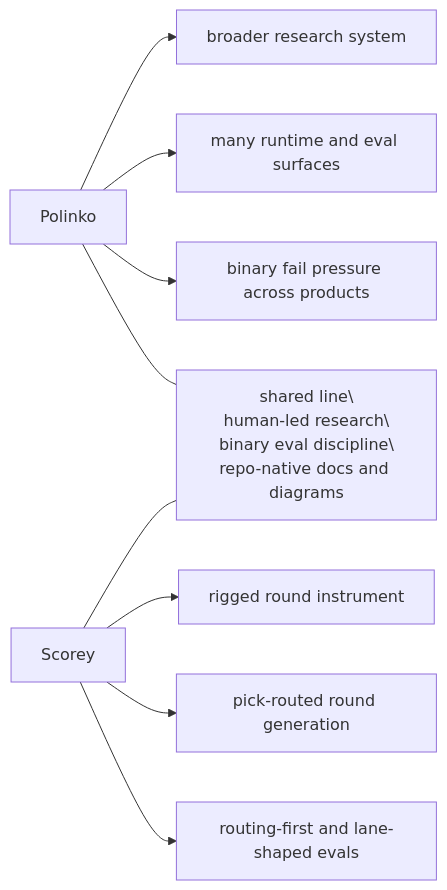
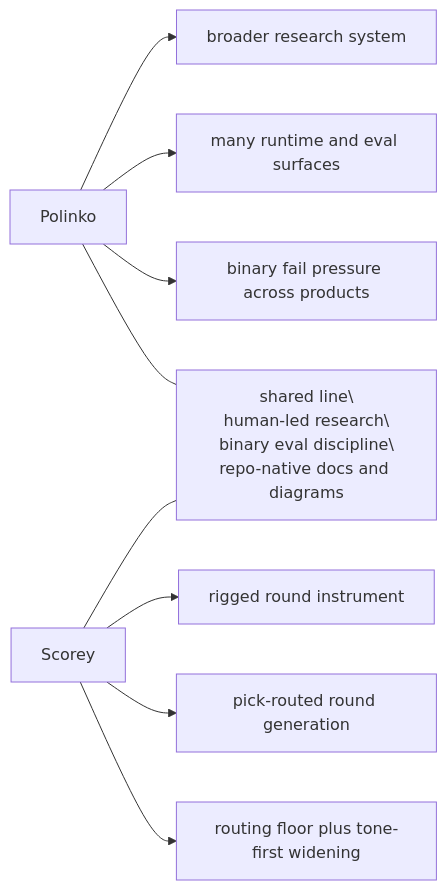
The third of 3 diagrams in docs/research/README.md (tryskian/scorey), drawn with Mermaid before and after one commit. The commit also changed other lines of this file and 4 other files, not shown here.

````diff
--- a/docs/research/README.md
+++ b/docs/research/README.md
@@ -230,25 +111,25 @@
 ```mermaid
 flowchart LR
   P["Polinko"]
   P1["broader research system"]
   P2["many runtime and eval surfaces"]
   P3["binary fail pressure across products"]
 
   Q["Scorey"]
   Q1["rigged round instrument"]
   Q2["pick-routed round generation"]
-  Q3["routing-first and lane-shaped evals"]
+  Q3["routing floor plus tone-first widening"]
 
   S["shared line\\nhuman-led research\\nbinary eval discipline\\nrepo-native docs and diagrams"]
 
   P --> P1
   P --> P2
   P --> P3
 
   Q --> Q1
   Q --> Q2
   Q --> Q3
 
   P --- S
   Q --- S
 ```
````
